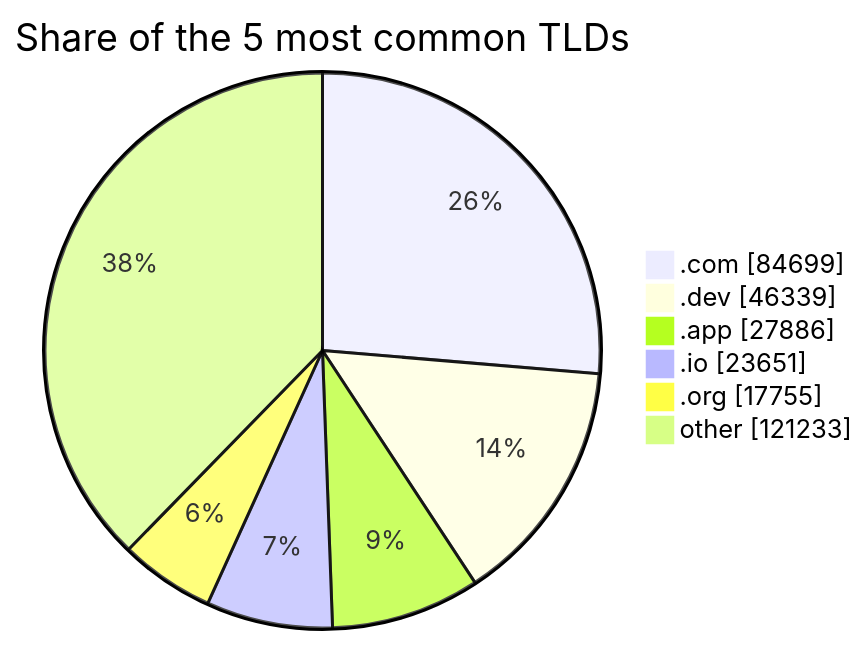
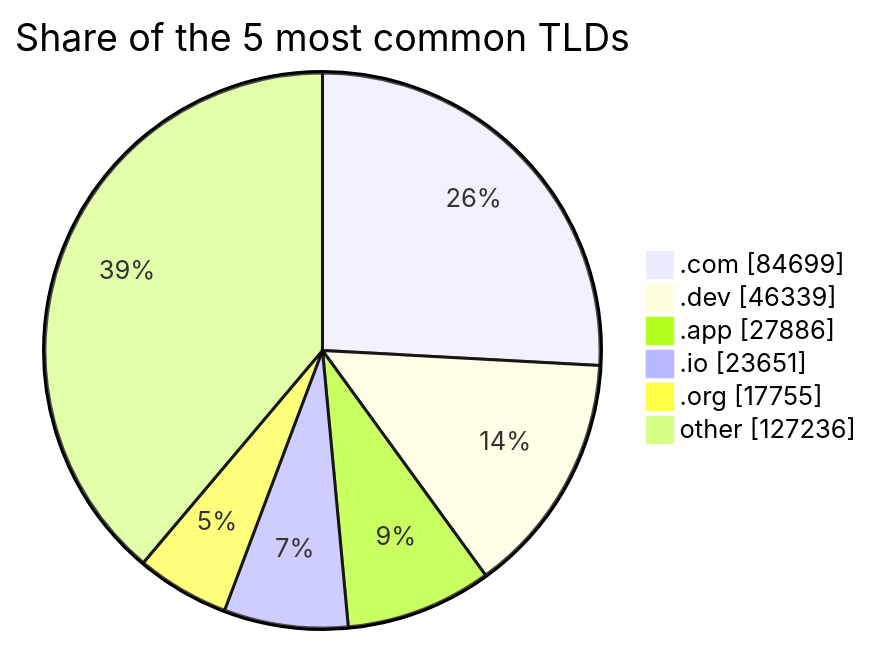
The third of 3 diagrams in README.md (DNSBunker/CTI), drawn with Mermaid before and after one commit. The commit also changed other lines of this file and 3 other files, not shown here.

````diff
--- a/README.md
+++ b/README.md
@@ -81,9 +81,9 @@
 ```mermaid
 pie showData title Share of the 5 most common TLDs
     ".com" : 84699
     ".dev" : 46339
     ".app" : 27886
     ".io" : 23651
     ".org" : 17755
-    "other" : 121233
+    "other" : 127236
 ```
````
